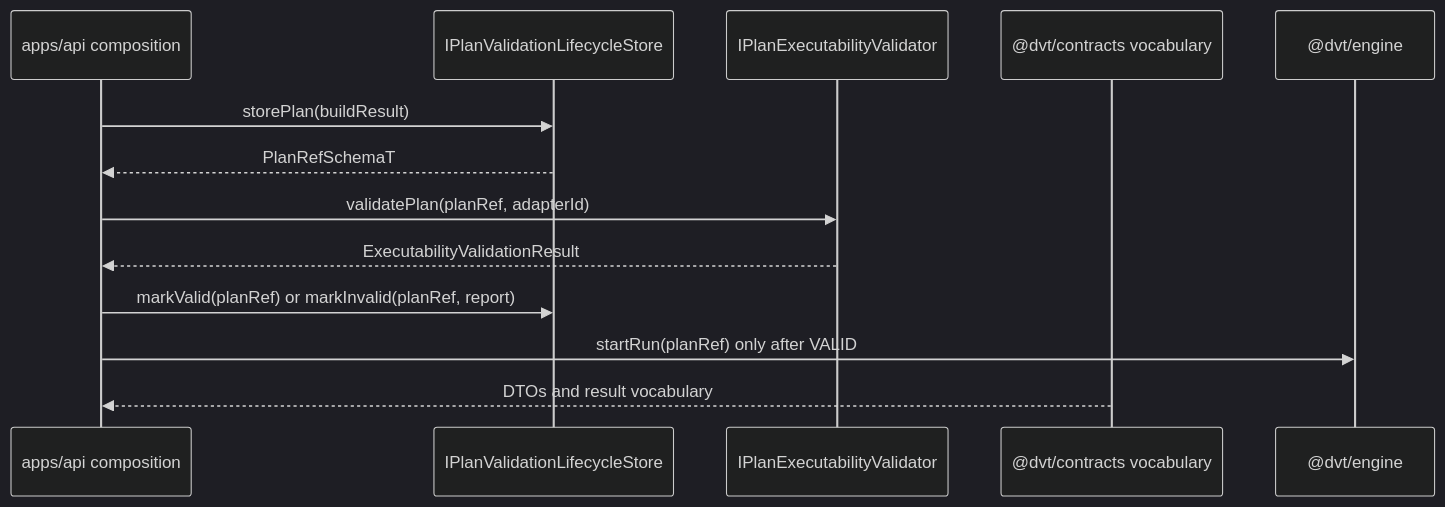
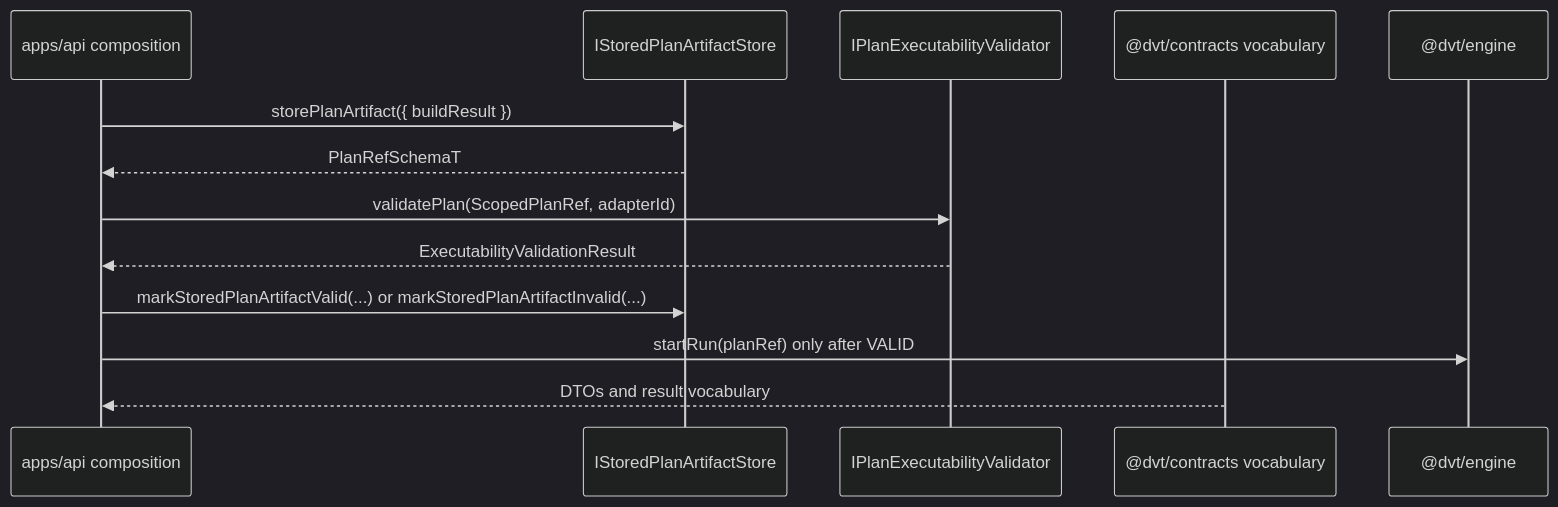
Before and after one commit to dunay2/dvt: the fourth of 4 diagrams in docs/architecture/components/planner/planner-private-behavior-ports-component.md, drawn with Mermaid (dark theme). The commit also changed other lines of this file and 32 other files, not shown here.

Commit message:
docs(docs): Document scoped plan-store ownership

````diff
--- a/docs/architecture/components/planner/planner-private-behavior-ports-component.md
+++ b/docs/architecture/components/planner/planner-private-behavior-ports-component.md
@@ -131,16 +119,16 @@
 ```mermaid
 sequenceDiagram
   participant API as apps/api composition
-  participant Lifecycle as IPlanValidationLifecycleStore
+  participant ArtifactStore as IStoredPlanArtifactStore
   participant Validator as IPlanExecutabilityValidator
   participant Contracts as @dvt/contracts vocabulary
   participant Engine as @dvt/engine
 
-  API->>Lifecycle: storePlan(buildResult)
-  Lifecycle-->>API: PlanRefSchemaT
-  API->>Validator: validatePlan(planRef, adapterId)
+  API->>ArtifactStore: storePlanArtifact({ buildResult })
+  ArtifactStore-->>API: PlanRefSchemaT
+  API->>Validator: validatePlan(ScopedPlanRef, adapterId)
   Validator-->>API: ExecutabilityValidationResult
-  API->>Lifecycle: markValid(planRef) or markInvalid(planRef, report)
+  API->>ArtifactStore: markStoredPlanArtifactValid(...) or markStoredPlanArtifactInvalid(...)
   API->>Engine: startRun(planRef) only after VALID
   Contracts-->>API: DTOs and result vocabulary
 ```
````
